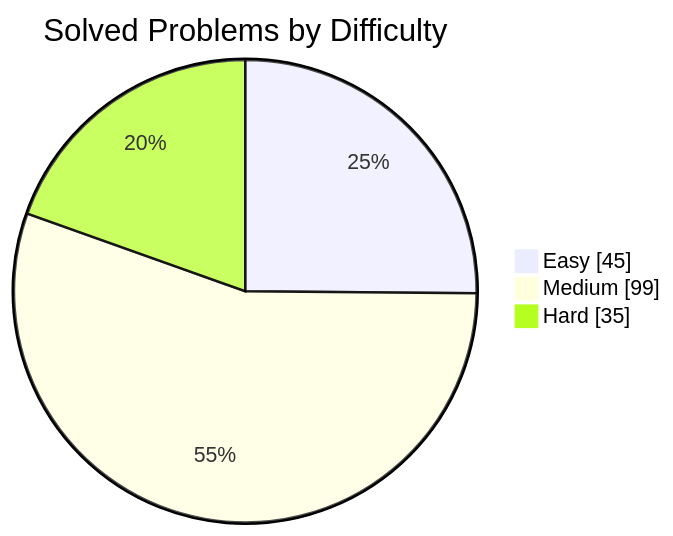
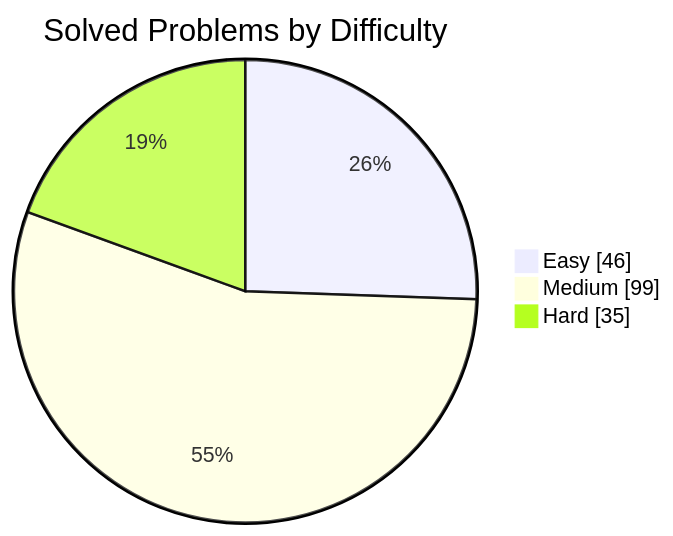
The first of 2 diagrams in README.md (manikantbindass/DSA-Preparation-FAANG), drawn with Mermaid before and after one commit. The commit also changed other lines of this file, not shown here.

````diff
--- a/README.md
+++ b/README.md
@@ -38,7 +38,7 @@
 ```mermaid
 pie showData
     title Solved Problems by Difficulty
-    "Easy" : 45
+    "Easy" : 46
     "Medium" : 99
     "Hard" : 35
 ```
````
